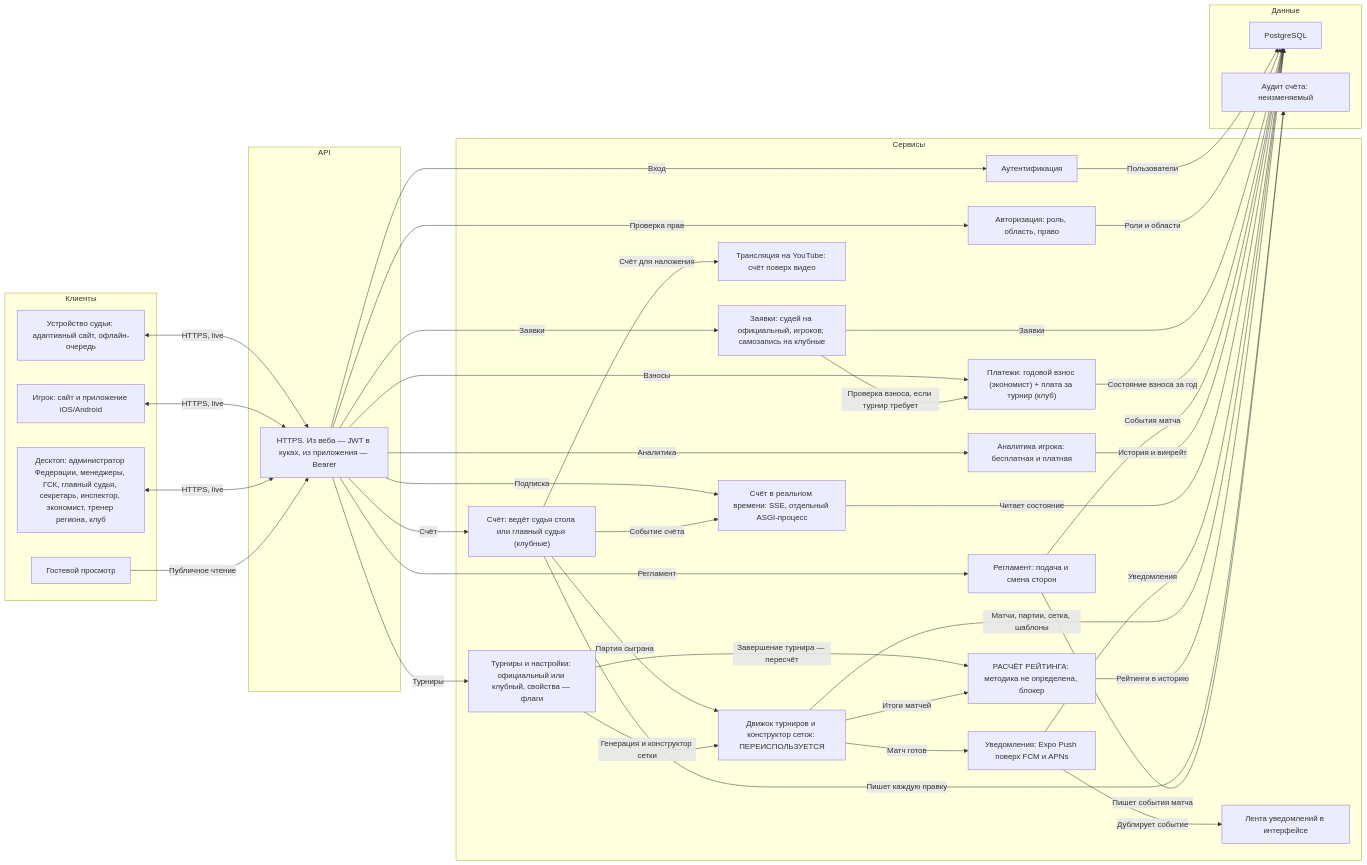
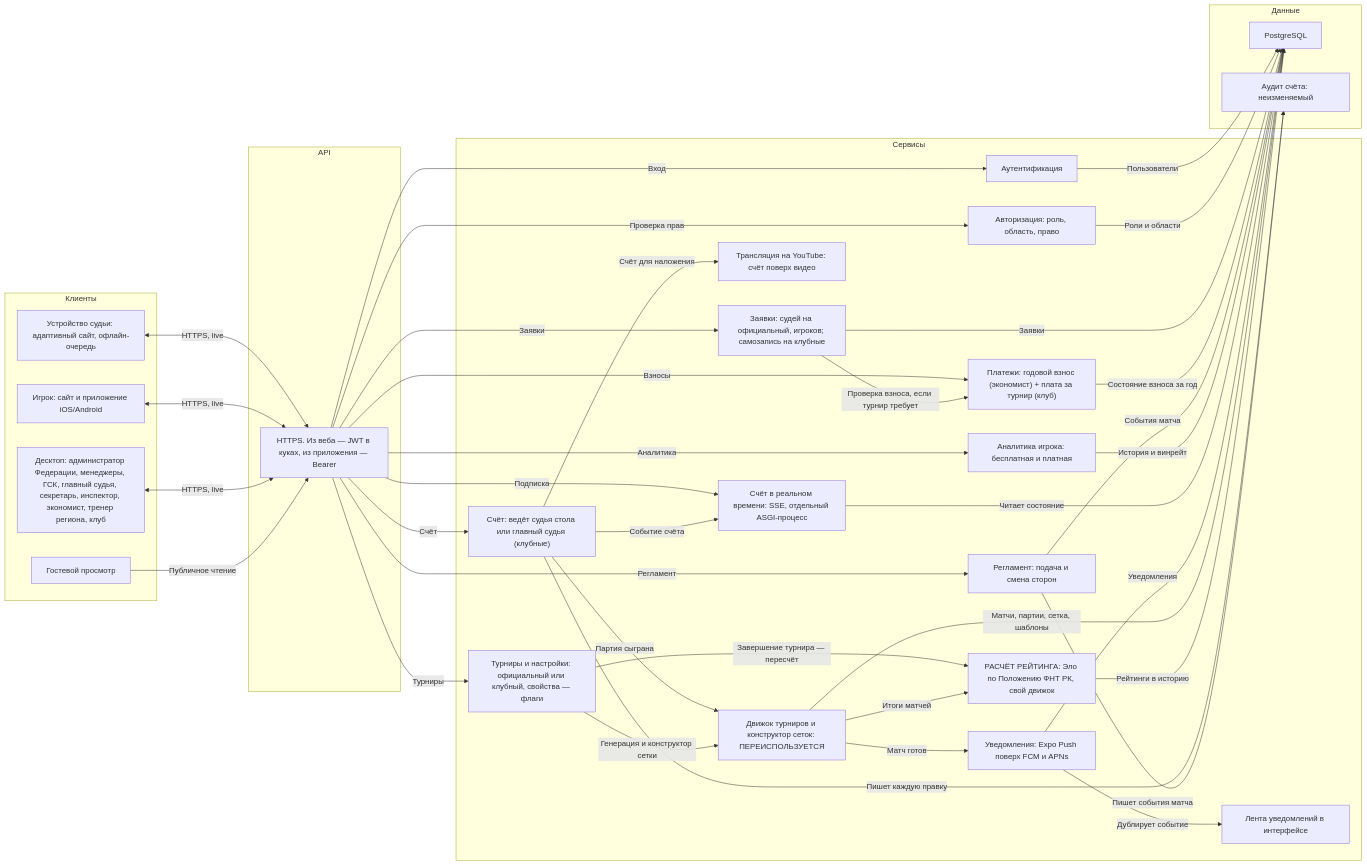
The first of 3 diagrams in ARCHITECTURE.md (AssylanAkhanuly/tt_tournament), drawn with Mermaid before and after one commit. The commit also changed other lines of this file and 11 other files, not shown here.

First line of the commit message:
Документация рейтинга: RATING.md и правило «документируется всё»

````diff
--- a/ARCHITECTURE.md
+++ b/ARCHITECTURE.md
@@ -43,70 +43,70 @@
 ```mermaid
 flowchart LR
     subgraph client ["Клиенты"]
         judgeTablet["Устройство судьи: адаптивный сайт, офлайн-очередь"]
         playerPhone["Игрок: сайт и приложение iOS/Android"]
         adminDesktop["Десктоп: администратор Федерации, менеджеры, ГСК, главный судья, секретарь, инспектор, экономист, тренер региона, клуб"]
         guestWeb["Гостевой просмотр"]
     end
     subgraph gateway ["API"]
         apiGateway["HTTPS. Из веба — JWT в куках, из приложения — Bearer"]
     end
     subgraph service ["Сервисы"]
         authService["Аутентификация"]
         rbacService["Авторизация: роль, область, право"]
         tournamentService["Турниры и настройки: официальный или клубный, свойства — флаги"]
         applicationService["Заявки: судей на официальный, игроков; самозапись на клубные"]
         feeService["Платежи: годовой взнос (экономист) + плата за турнир (клуб)"]
         scoreService["Счёт: ведёт судья стола или главный судья (клубные)"]
         refereeService["Регламент: подача и смена сторон"]
         analyticsService["Аналитика игрока: бесплатная и платная"]
         liveService["Счёт в реальном времени: SSE, отдельный ASGI-процесс"]
         broadcastService["Трансляция на YouTube: счёт поверх видео"]
         notifyService["Уведомления: Expo Push поверх FCM и APNs"]
         inboxFeed["Лента уведомлений в интерфейсе"]
         engine["Движок турниров и конструктор сеток: ПЕРЕИСПОЛЬЗУЕТСЯ"]
-        ratingService["РАСЧЁТ РЕЙТИНГА: методика не определена, блокер"]
+        ratingService["РАСЧЁТ РЕЙТИНГА: Эло по Положению ФНТ РК, свой движок"]
     end
     subgraph datastore ["Данные"]
         postgres["PostgreSQL"]
         auditLog["Аудит счёта: неизменяемый"]
     end
 
     judgeTablet <-->|"HTTPS, live"| apiGateway
     playerPhone <-->|"HTTPS, live"| apiGateway
     adminDesktop <-->|"HTTPS, live"| apiGateway
     guestWeb -->|"Публичное чтение"| apiGateway
 
     apiGateway -->|"Вход"| authService
     apiGateway -->|"Проверка прав"| rbacService
     apiGateway -->|"Турниры"| tournamentService
     apiGateway -->|"Заявки"| applicationService
     apiGateway -->|"Взносы"| feeService
     applicationService -->|"Проверка взноса, если турнир требует"| feeService
     apiGateway -->|"Счёт"| scoreService
     apiGateway -->|"Регламент"| refereeService
     apiGateway -->|"Аналитика"| analyticsService
     apiGateway -->|"Подписка"| liveService
 
     scoreService -->|"Партия сыграна"| engine
     scoreService -->|"Пишет каждую правку"| auditLog
     scoreService -->|"Событие счёта"| liveService
     scoreService -->|"Счёт для наложения"| broadcastService
     refereeService -->|"Пишет события матча"| auditLog
     tournamentService -->|"Генерация и конструктор сетки"| engine
     tournamentService -->|"Завершение турнира — пересчёт"| ratingService
     engine -->|"Итоги матчей"| ratingService
     engine -->|"Матч готов"| notifyService
     notifyService -->|"Дублирует событие"| inboxFeed
 
     authService -->|"Пользователи"| postgres
     rbacService -->|"Роли и области"| postgres
     applicationService -->|"Заявки"| postgres
     feeService -->|"Состояние взноса за год"| postgres
     refereeService -->|"События матча"| postgres
     analyticsService -->|"История и винрейт"| postgres
     liveService -->|"Читает состояние"| postgres
     notifyService -->|"Уведомления"| postgres
     engine -->|"Матчи, партии, сетка, шаблоны"| postgres
     ratingService -->|"Рейтинги в историю"| postgres
 ```
````
